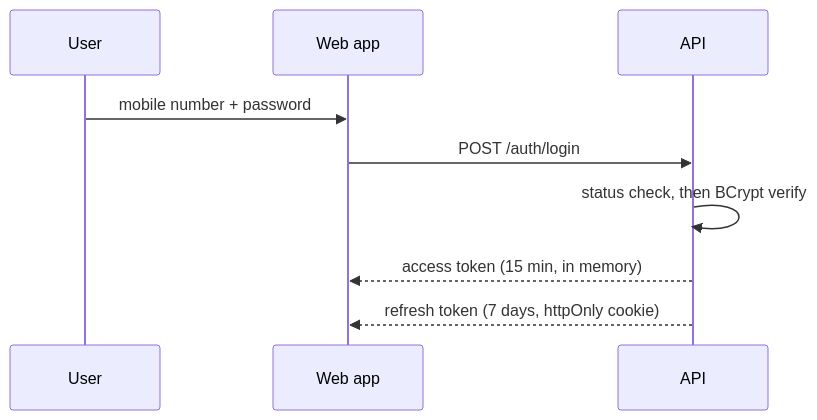
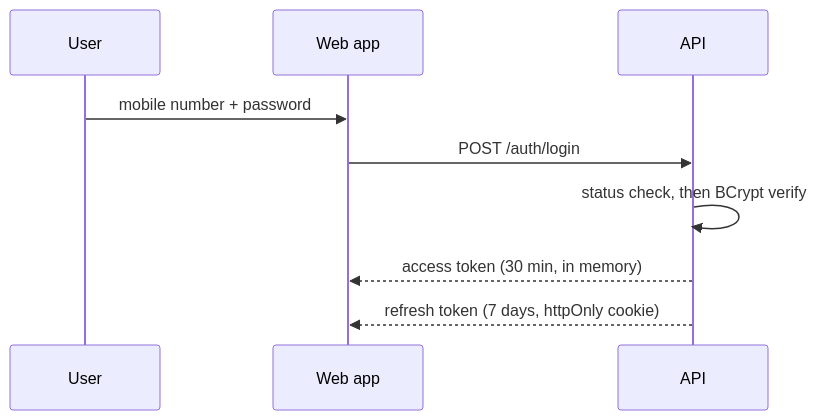
One commit to giri0521/allgosandcourtcopys changed the second of 5 diagrams in docs/ARCHITECTURE.md. Above: the diagram before and after it, drawn with Mermaid. The commit also changed other lines of this file and 4 other files, not shown here.

````diff
--- a/docs/ARCHITECTURE.md
+++ b/docs/ARCHITECTURE.md
@@ -140,12 +140,12 @@
 ```mermaid
 sequenceDiagram
     participant U as User
     participant W as Web app
     participant A as API
 
     U->>W: mobile number + password
     W->>A: POST /auth/login
     A->>A: status check, then BCrypt verify
-    A-->>W: access token (15 min, in memory)
+    A-->>W: access token (30 min, in memory)
     A-->>W: refresh token (7 days, httpOnly cookie)
 ```
````
